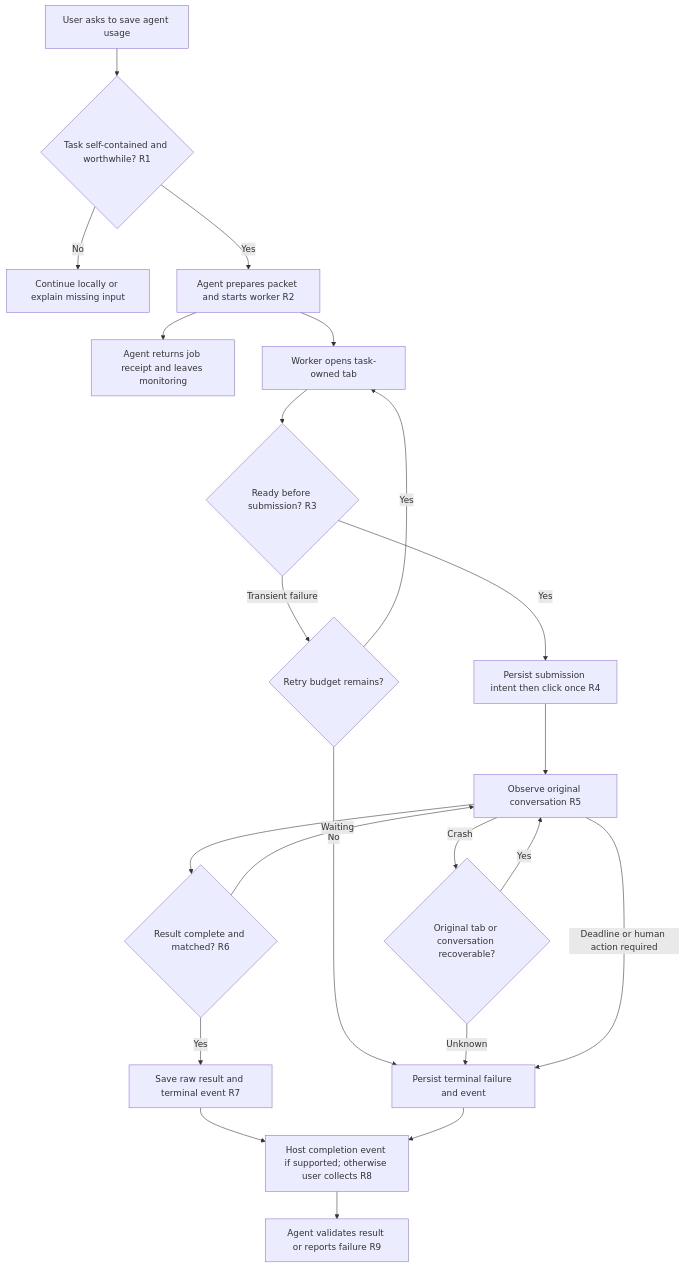
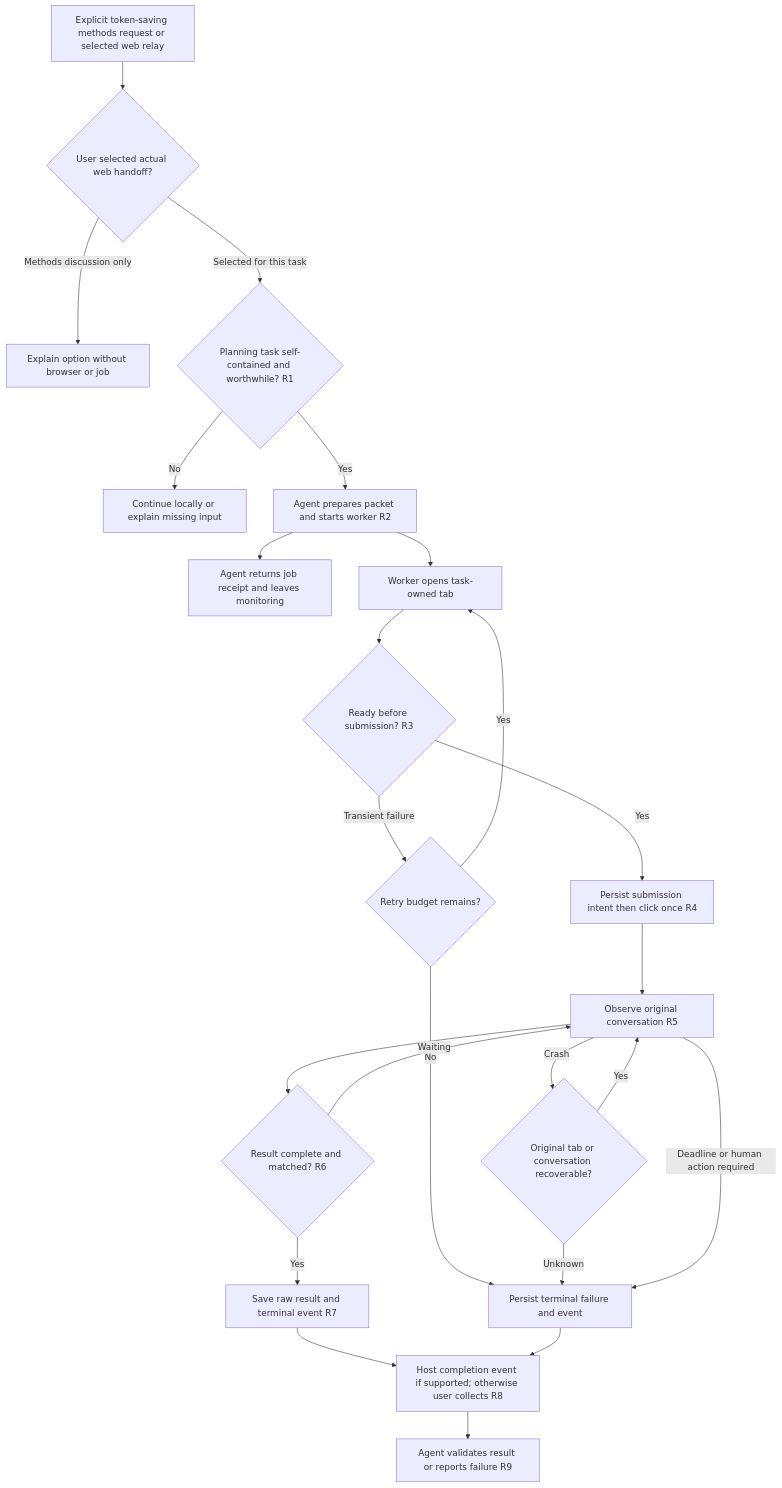
One commit to jiafan-tiaocan/ai-retires-human changed the diagram in docs/requirements.md. Above: the diagram before and after it, drawn with Mermaid. The commit also changed other lines of this file and 6 other files, not shown here.

Commit message:
Narrow token-saving routing and introduce AI Retires Human project purpose

````diff
--- a/docs/requirements.md
+++ b/docs/requirements.md
@@ -21,24 +21,26 @@
 ```mermaid
 flowchart TD
-  A[User asks to save agent usage] --> B{Task self-contained and worthwhile? R1}
+  A[Explicit token-saving methods request or selected web relay] --> A1{User selected actual web handoff?}
+  A1 -->|Methods discussion only| A2[Explain option without browser or job]
+  A1 -->|Selected for this task| B{Planning task self-contained and worthwhile? R1}
   B -- No --> C[Continue locally or explain missing input]
   B -- Yes --> D[Agent prepares packet and starts worker R2]
   D --> E[Agent returns job receipt and leaves monitoring]
   D --> F[Worker opens task-owned tab]
   F --> G{Ready before submission? R3}
   G -- Transient failure --> H{Retry budget remains?}
   H -- Yes --> F
   H -- No --> X[Persist terminal failure and event]
   G -- Yes --> I[Persist submission intent then click once R4]
   I --> J[Observe original conversation R5]
   J --> K{Result complete and matched? R6}
   K -- Yes --> L[Save raw result and terminal event R7]
   K -- Waiting --> J
   J -- Crash --> M{Original tab or conversation recoverable?}
   M -- Yes --> J
   M -- Unknown --> X
   J -- Deadline or human action required --> X
   L --> N[Host completion event if supported; otherwise user collects R8]
   X --> N
   N --> O[Agent validates result or reports failure R9]
 ```
````
